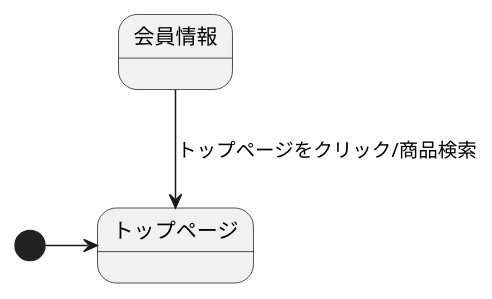
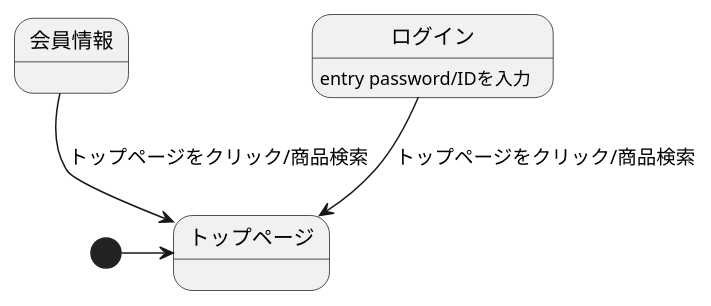
The diagram in stm01.md (Aso2001388/2021sys-design), drawn with PlantUML before and after one commit.

````diff
--- a/stm01.md
+++ b/stm01.md
@@ -1,7 +1,9 @@
 ```uml
 @startuml
 [*]->トップページ
 会員情報-->トップページ:トップページをクリック/商品検索
+ログイン-->トップページ:トップページをクリック/商品検索
+ログイン: entry password/IDを入力
 
 @enduml
 ```
````
